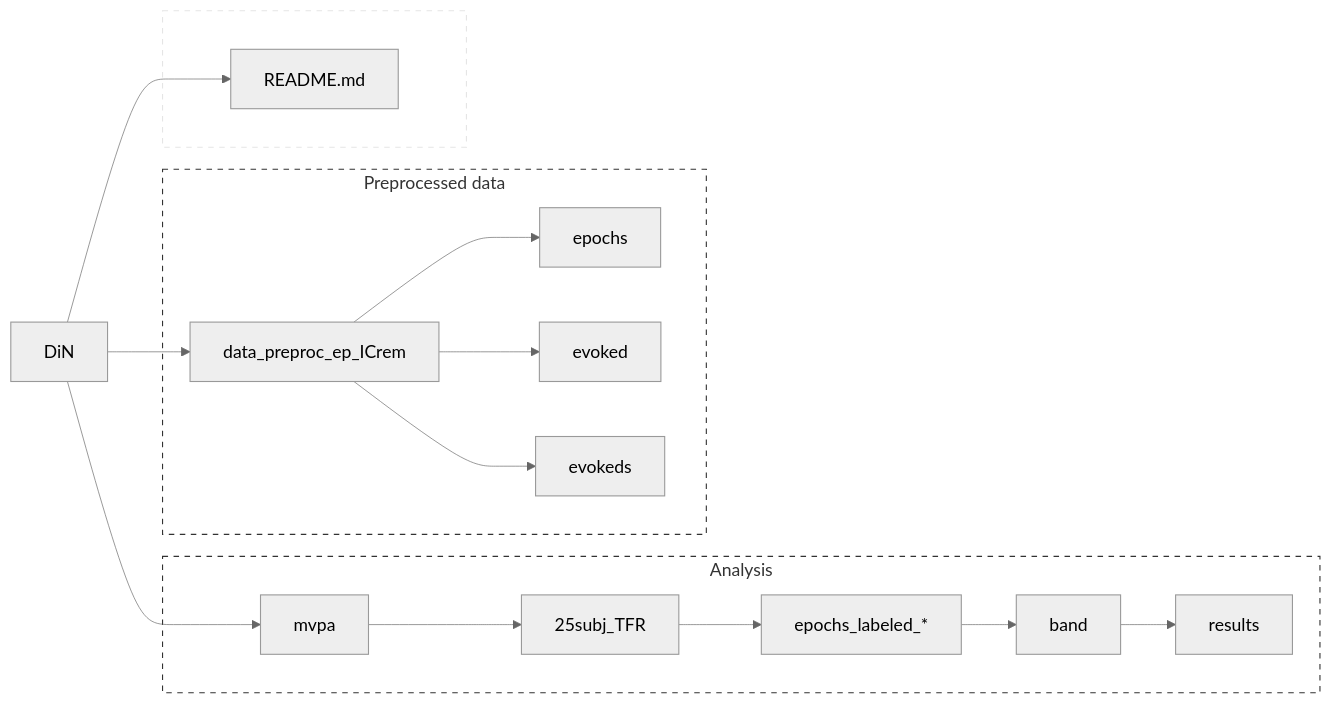
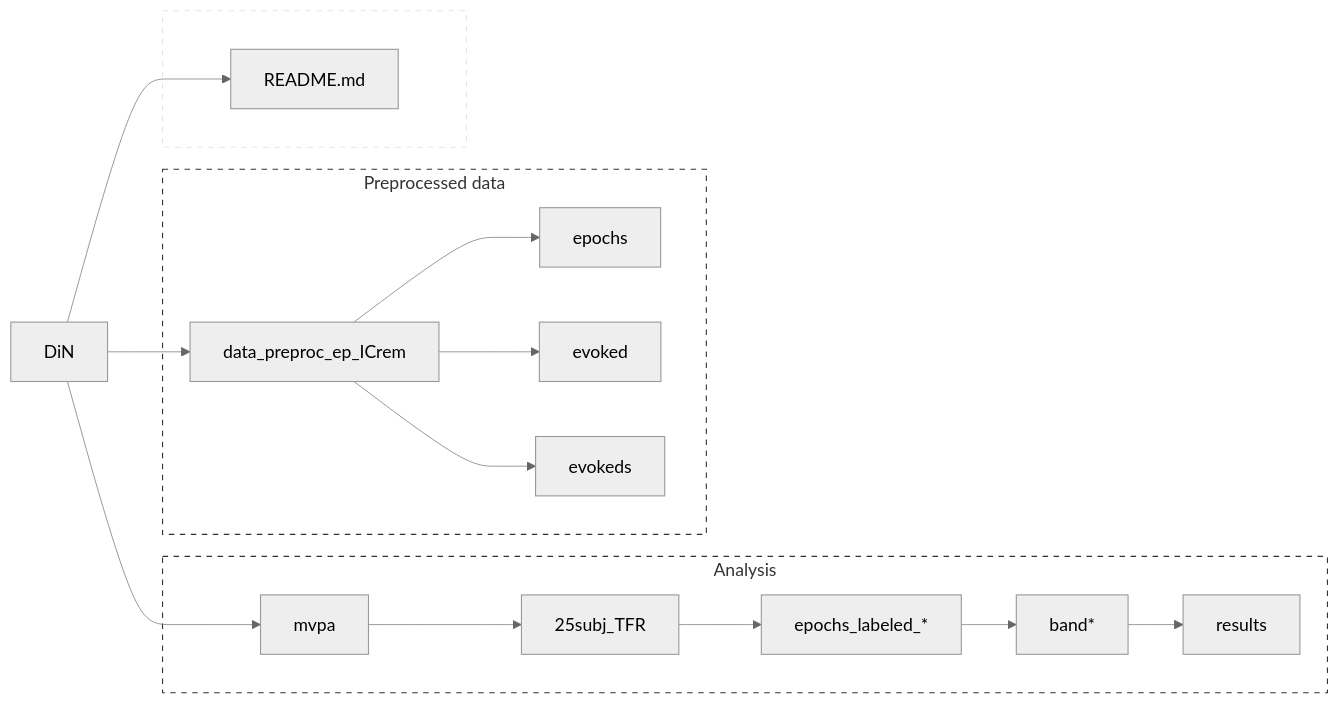
Before and after one commit to Neuroling/SPINCO_SINEEG: the second of 2 diagrams in Projects/SINEEG/DiN/README.md, drawn with Mermaid (neutral theme).

````diff
--- a/Projects/SINEEG/DiN/README.md
+++ b/Projects/SINEEG/DiN/README.md
@@ -120,27 +120,27 @@
 ```mermaid
 graph LR
     root[DiN] --> 1[README.md]
     root --> 2[data_preproc_ep_ICrem]
     root --> 3[mvpa]
     subgraph 3g[Analysis]
       3 --> 31[25subj_TFR]
       31 --> 32[epochs_labeled_*]
-      32 --> 33[band]
+      32 --> 33[band*]
       33 --> 34[results]
     end
     subgraph 2g[Preprocessed data]
       2 --> 21[epochs]
       2 --> 22[evoked]
       2 --> 23[evokeds]
     end
     subgraph 1g[ ]
       1
     end
     
 
 linkStyle 0,1,2,3,4,5,6,7,8,9 stroke-width:.6px;
 
 style 1g fill:transparent,stroke:#E5E5E5,stroke-width:1px,stroke-dasharray:5;
 style 2g fill:transparent,stroke:#323232,stroke-width:1px,stroke-dasharray:5;
 style 3g fill:transparent,stroke:#323232,stroke-width:1px,stroke-dasharray:5;
 ```
````
